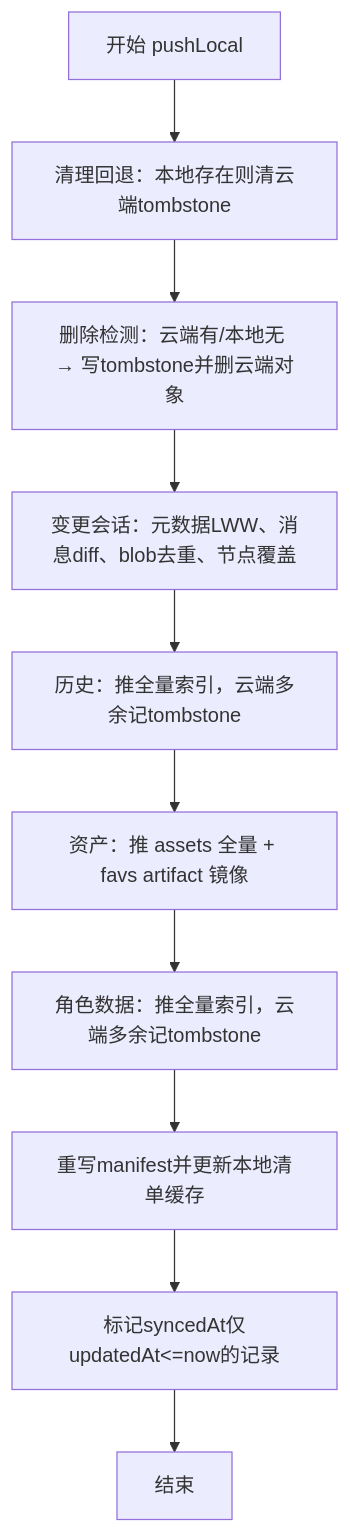
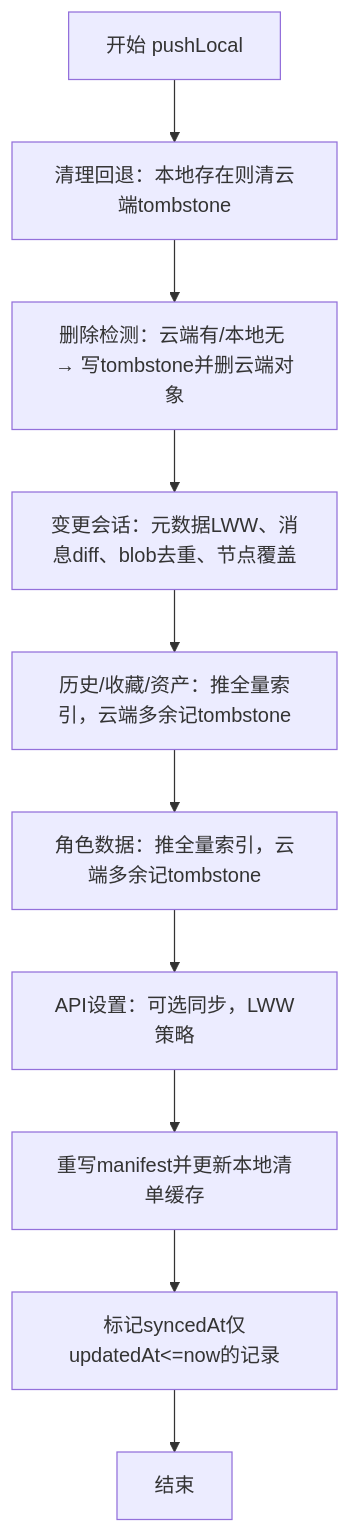
Before and after one commit to billye220670/AIShop: the fourth of 6 diagrams in .qoder/repowiki/zh/content/数据持久化/BYOC云同步系统.md, drawn with Mermaid. The commit also changed other lines of this file and 44 other files, not shown here.

First line of the commit message:
feat: 图片全屏查看器手势缩放 + 用户图片直出与库图片预览接入

````diff
--- a/.qoder/repowiki/zh/content/数据持久化/BYOC云同步系统.md
+++ b/.qoder/repowiki/zh/content/数据持久化/BYOC云同步系统.md
@@ -194,12 +201,12 @@
 ```mermaid
 flowchart TD
 A["开始 pushLocal"] --> D0["清理回退：本地存在则清云端tombstone"]
 D0 --> D1["删除检测：云端有/本地无 → 写tombstone并删云端对象"]
 D1 --> C1["变更会话：元数据LWW、消息diff、blob去重、节点覆盖"]
-C1 --> H1["历史：推全量索引，云端多余记tombstone"]
-H1 --> A1["资产：推 assets 全量 + favs artifact 镜像"]
-A1 --> R1["角色数据：推全量索引，云端多余记tombstone"]
-R1 --> M1["重写manifest并更新本地清单缓存"]
-M1 --> S1["标记syncedAt仅updatedAt<=now的记录"]
-S1 --> Z["结束"]
+C1 --> H1["历史/收藏/资产：推全量索引，云端多余记tombstone"]
+H1 --> R1["角色数据：推全量索引，云端多余记tombstone"]
+R1 --> S1["API设置：可选同步，LWW策略"]
+S1 --> M1["重写manifest并更新本地清单缓存"]
+M1 --> S2["标记syncedAt仅updatedAt<=now的记录"]
+S2 --> Z["结束"]
 ```
````
